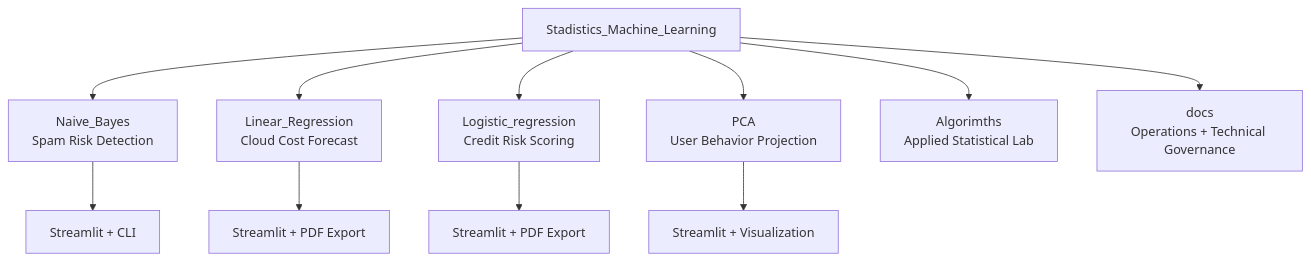
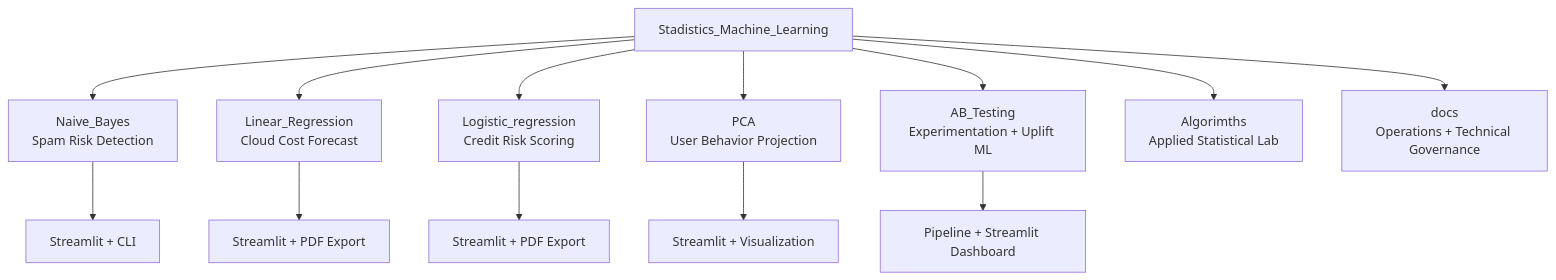
Before and after one commit to 0332241033-bit/Stadistics_Machine_Learning: the diagram in README.md, drawn with Mermaid. The commit also changed other lines of this file and 30 other files, not shown here.

````diff
--- a/README.md
+++ b/README.md
@@ -27,14 +27,16 @@
 ```mermaid
 flowchart TD
     ROOT[Stadistics_Machine_Learning] --> NB[Naive_Bayes\nSpam Risk Detection]
     ROOT --> LR[Linear_Regression\nCloud Cost Forecast]
     ROOT --> LGR[Logistic_regression\nCredit Risk Scoring]
     ROOT --> PCA[PCA\nUser Behavior Projection]
+    ROOT --> ABT[AB_Testing\nExperimentation + Uplift ML]
     ROOT --> ALG[Algorimths\nApplied Statistical Lab]
     ROOT --> DOCS[docs\nOperations + Technical Governance]
 
     NB --> NB_APP[Streamlit + CLI]
     LR --> LR_APP[Streamlit + PDF Export]
     LGR --> LGR_APP[Streamlit + PDF Export]
     PCA --> PCA_APP[Streamlit + Visualization]
+    ABT --> ABT_APP[Pipeline + Streamlit Dashboard]
 ```
````
